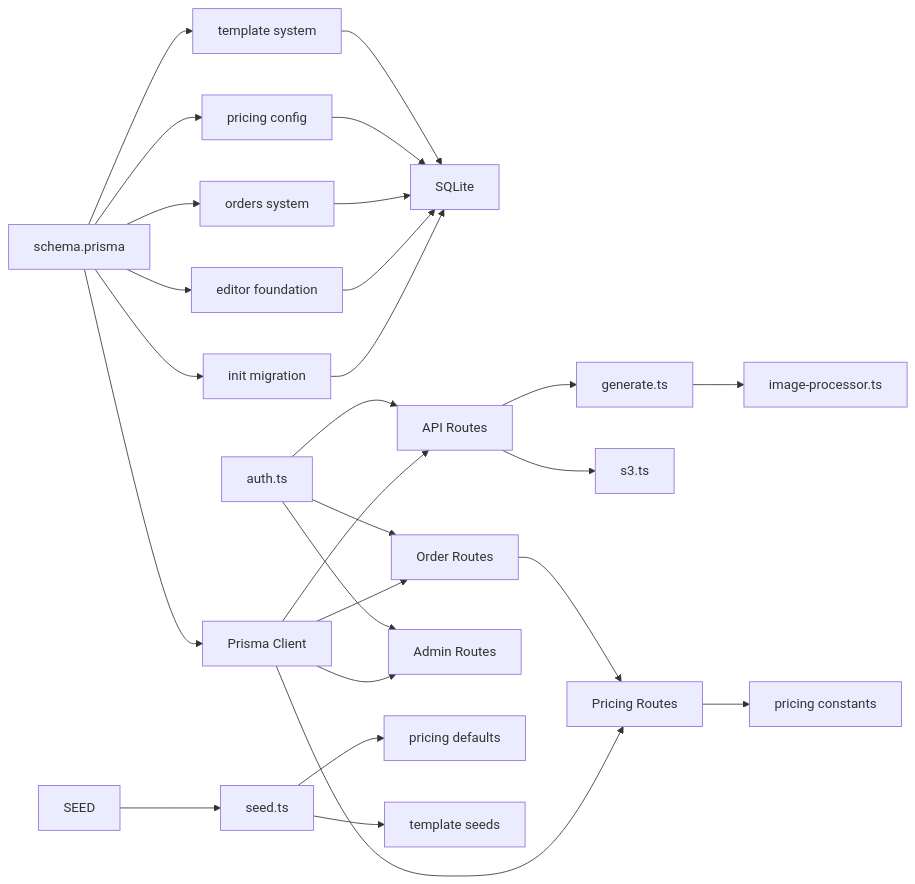
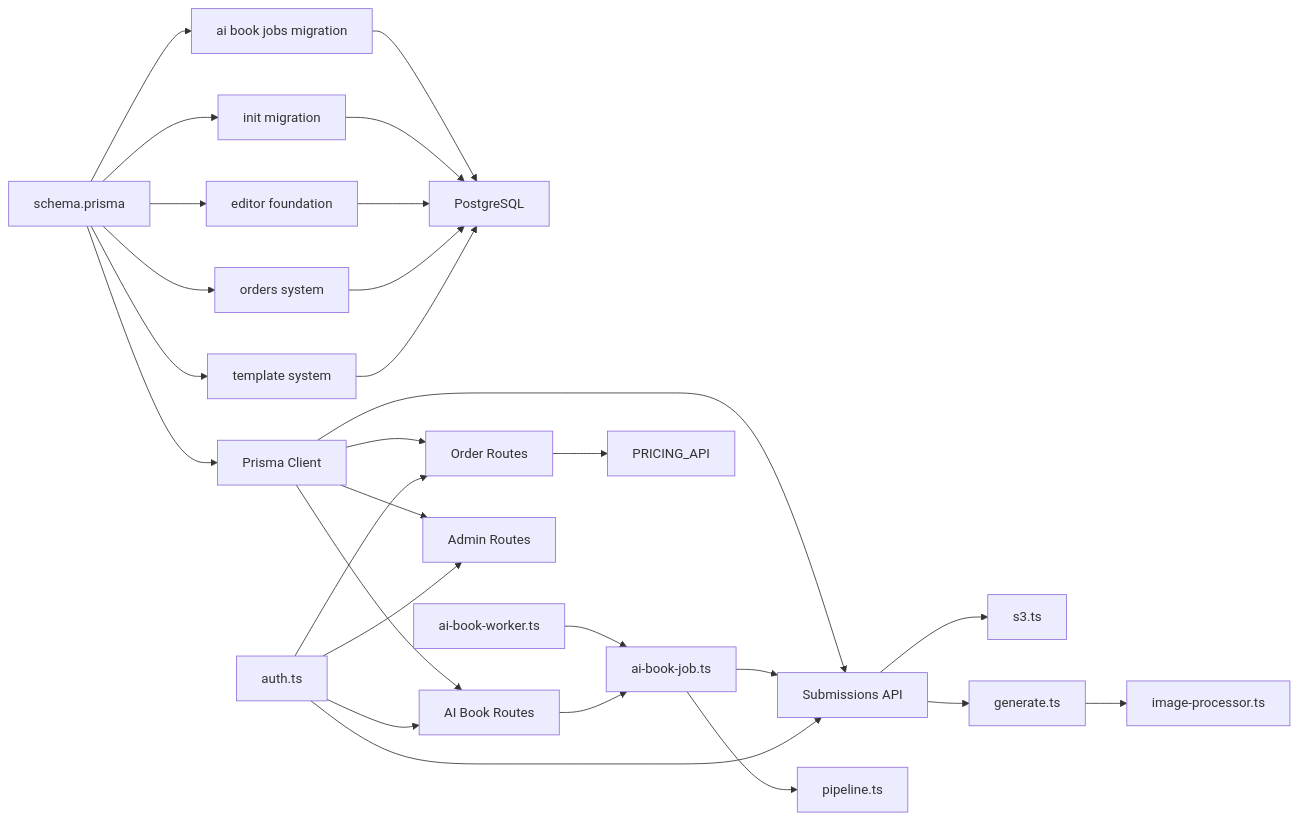
The third of 3 diagrams in .qoder/repowiki/en/content/Database Design/Database Design.md (Crowdspender/titchybooks-app), drawn with Mermaid before and after one commit. The commit also changed other lines of this file and 4 other files, not shown here.

First line of the commit message:
docs(repowiki): add AI Book Generation System page and refresh API/admin/database docs

````diff
--- a/.qoder/repowiki/en/content/Database Design/Database Design.md
+++ b/.qoder/repowiki/en/content/Database Design/Database Design.md
@@ -697,29 +546,30 @@
 ```mermaid
 graph LR
-SCHEMA["schema.prisma"] --> INIT_MIG["init migration"]
+SCHEMA["schema.prisma"] --> AI_MIG["ai book jobs migration"]
+SCHEMA --> INIT_MIG["init migration"]
 SCHEMA --> EDITOR_MIG["editor foundation"]
 SCHEMA --> ORDERS_MIG["orders system"]
-SCHEMA --> PRICING_MIG["pricing config"]
 SCHEMA --> TEMPLATE_MIG["template system"]
-INIT_MIG --> DB["SQLite"]
+AI_MIG --> DB["PostgreSQL"]
+INIT_MIG --> DB
 EDITOR_MIG --> DB
 ORDERS_MIG --> DB
-PRICING_MIG --> DB
 TEMPLATE_MIG --> DB
 SCHEMA --> PC["Prisma Client"]
-PC --> SUB_API["API Routes"]
+PC --> AI_API["AI Book Routes"]
+PC --> SUB_API["Submissions API"]
 PC --> ORDER_API["Order Routes"]
 PC --> ADMIN_API["Admin Routes"]
-PC --> PRICING_API["Pricing Routes"]
-AUTH["auth.ts"] --> SUB_API
+AI_WORKER["ai-book-worker.ts"] --> JOB_MANAGER["ai-book-job.ts"]
+JOB_MANAGER --> PIPELINE["pipeline.ts"]
+AI_API --> JOB_MANAGER
+JOB_MANAGER --> SUB_API
+AUTH["auth.ts"] --> AI_API
+AUTH --> SUB_API
 AUTH --> ORDER_API
 AUTH --> ADMIN_API
 SUB_API --> S3["s3.ts"]
 SUB_API --> PDF["generate.ts"]
 ORDER_API --> PRICING_API
-PRICING_API --> PRICING_CONST["pricing constants"]
 PDF --> IMGPROC["image-processor.ts"]
-SEED --> SEED_SCRIPT["seed.ts"]
-SEED_SCRIPT --> PRICING_SEED["pricing defaults"]
-SEED_SCRIPT --> TEMPLATE_SEED["template seeds"]
 ```
````
